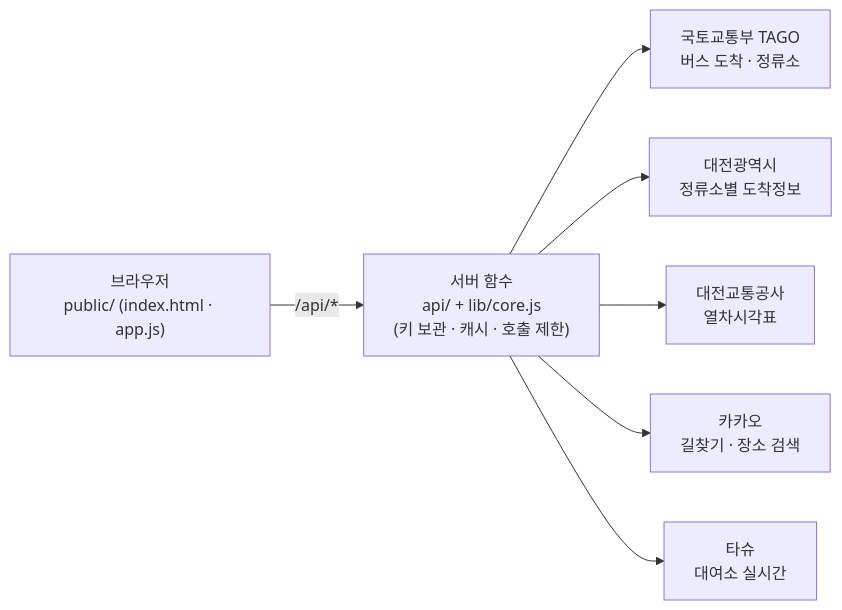
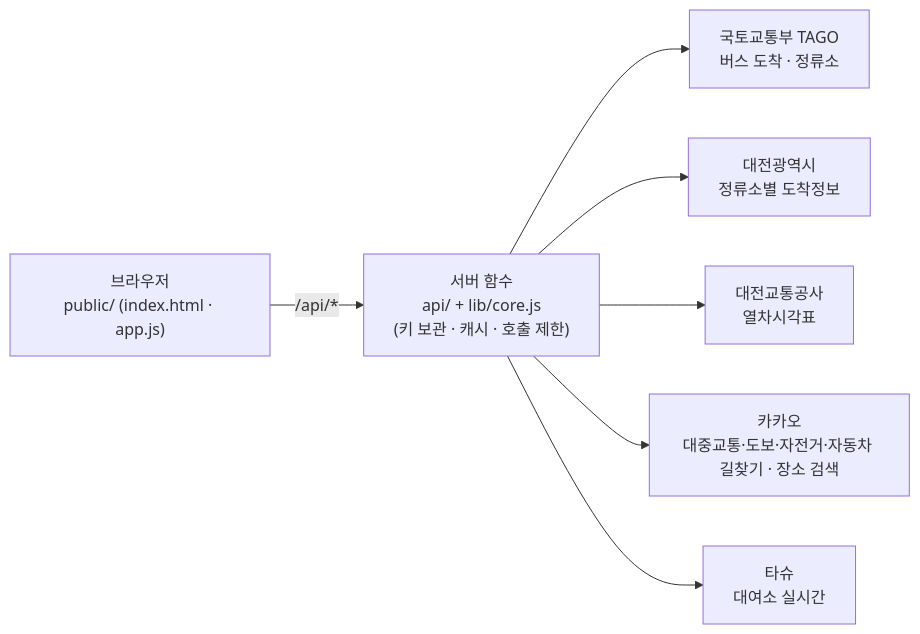
The diagram in README.md (KangSeungWan/Mobility-LivingLab-Transfer), drawn with Mermaid before and after one commit. The commit also changed other lines of this file and 13 other files, not shown here.

Commit message:
update10·11: 출발지 4곳, 카카오 길찾기 연동, 공식 요금, 카카오 결과 재사용 제거

````diff
--- a/README.md
+++ b/README.md
@@ -41,9 +44,9 @@
 ```mermaid
 flowchart LR
   U["브라우저<br/>public/ (index.html · app.js)"] -->|"/api/*"| S["서버 함수<br/>api/ + lib/core.js<br/>(키 보관 · 캐시 · 호출 제한)"]
   S --> T["국토교통부 TAGO<br/>버스 도착 · 정류소"]
   S --> D["대전광역시<br/>정류소별 도착정보"]
   S --> M["대전교통공사<br/>열차시각표"]
-  S --> K["카카오<br/>길찾기 · 장소 검색"]
+  S --> K["카카오<br/>대중교통·도보·자전거·자동차 길찾기 · 장소 검색"]
   S --> B["타슈<br/>대여소 실시간"]
 ```
````
